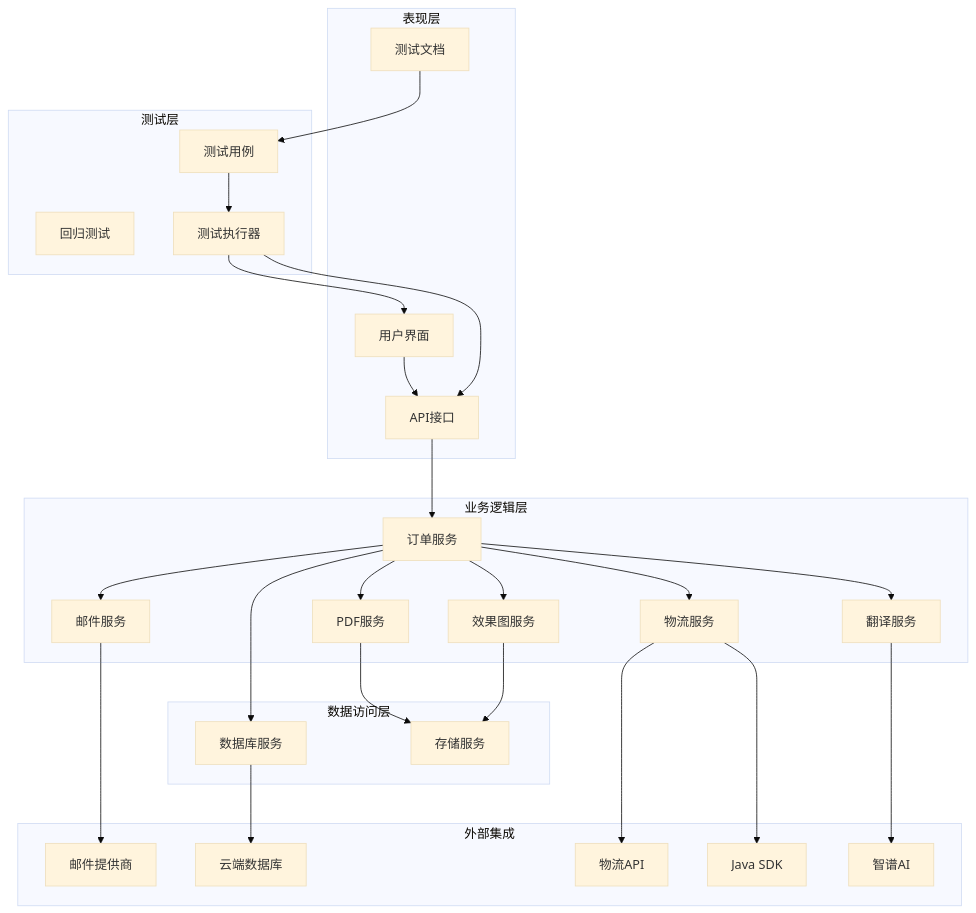
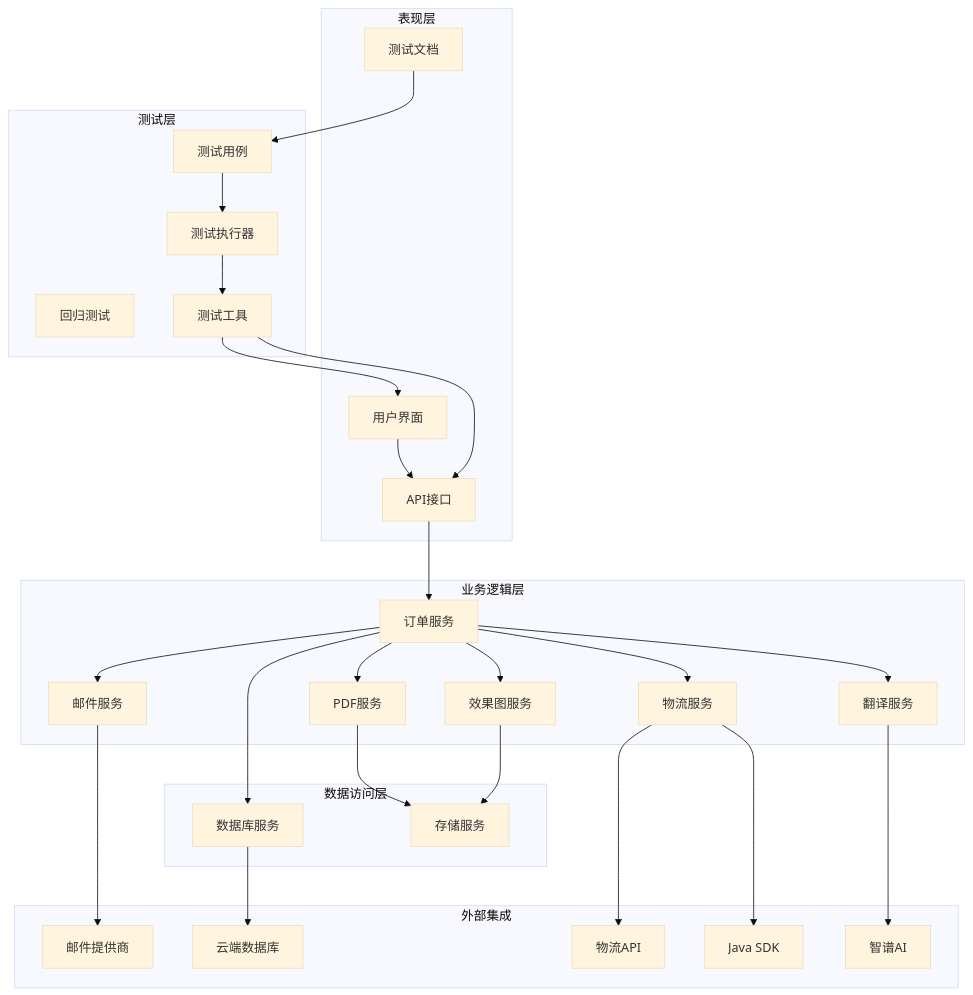
Before and after one commit to SY6621/POD-Order-Management: the second of 38 diagrams in .qoder/repowiki/zh/content/开发指南/测试与开发工具/测试与开发工具.md, drawn with Mermaid (base theme). The commit also changed other lines of this file and 30 other files, not shown here.

````diff
--- a/.qoder/repowiki/zh/content/开发指南/测试与开发工具/测试与开发工具.md
+++ b/.qoder/repowiki/zh/content/开发指南/测试与开发工具/测试与开发工具.md
@@ -180,51 +190,53 @@
 ```mermaid
 graph TB
 subgraph "表现层"
 UI[用户界面]
 API[API接口]
 TestDocs[测试文档]
 end
 subgraph "业务逻辑层"
 OrderService[订单服务]
 EmailService[邮件服务]
 PDFService[PDF服务]
 EffectImageService[效果图服务]
 LogisticsService[物流服务]
 TranslationService[翻译服务]
 end
 subgraph "数据访问层"
 DatabaseService[数据库服务]
 StorageService[存储服务]
 end
 subgraph "外部集成"
 EmailProvider[邮件提供商]
 Supabase[云端数据库]
 ShippingAPI[物流API]
 JavaSDK[Java SDK]
 ZhipuAI[智谱AI]
 end
 subgraph "测试层"
 RegressionTest[回归测试]
 TestCase[测试用例]
 TestRunner[测试执行器]
+TestTools[测试工具]
 end
 UI --> API
 API --> OrderService
 OrderService --> EmailService
 OrderService --> PDFService
 OrderService --> EffectImageService
 OrderService --> LogisticsService
 OrderService --> TranslationService
 OrderService --> DatabaseService
 DatabaseService --> Supabase
 EmailService --> EmailProvider
 PDFService --> StorageService
 EffectImageService --> StorageService
 LogisticsService --> ShippingAPI
 LogisticsService --> JavaSDK
 TranslationService --> ZhipuAI
 TestDocs --> TestCase
 TestCase --> TestRunner
-TestRunner --> UI
-TestRunner --> API
+TestRunner --> TestTools
+TestTools --> UI
+TestTools --> API
 ```
````
